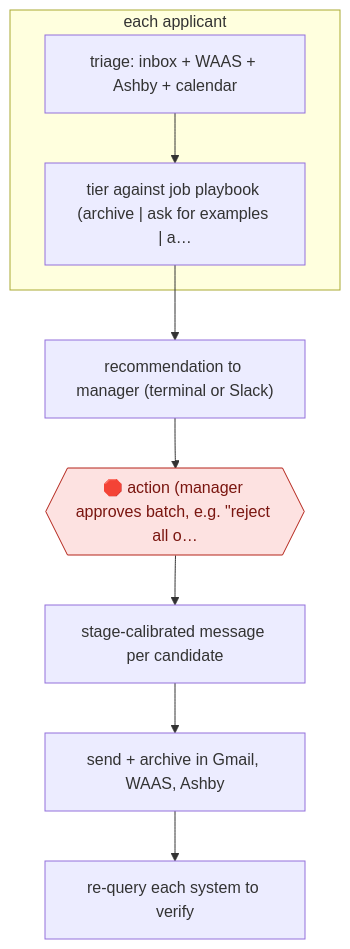
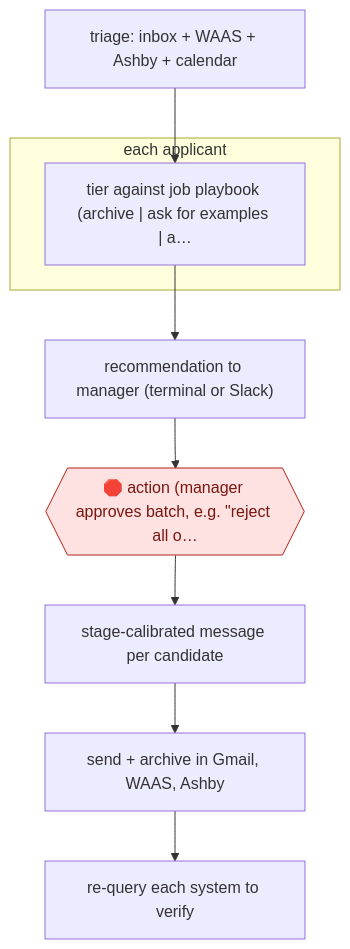
One commit to milesradford99/agent-workflow-atlas changed the diagram in workflows/ORG/BIZ/HR/manager-approved-pipeline-actions/README.md. Above: the diagram before and after it, drawn with Mermaid. The commit also changed other lines of this file and 171 other files, not shown here.

````diff
--- a/workflows/ORG/BIZ/HR/manager-approved-pipeline-actions/README.md
+++ b/workflows/ORG/BIZ/HR/manager-approved-pipeline-actions/README.md
@@ -31,19 +31,19 @@
 ```mermaid
 flowchart TD
   n1["triage: inbox + WAAS + Ashby + calendar"]
   subgraph s2["each applicant"]
   n3["tier against job playbook (archive | ask for examples | a…"]
-  n1 --> n3
   end
   n4["recommendation to manager (terminal or Slack)"]
+  n5{{"🛑 action (manager approves batch, e.g. #quot;reject all o…"}}:::stop
+  n6["stage-calibrated message per candidate"]
+  n7["send + archive in Gmail, WAAS, Ashby"]
+  n8["re-query each system to verify"]
+  n1 --> n3
   n3 --> n4
-  n5{{"🛑 action (manager approves batch, e.g. #quot;reject all o…"}}:::stop
   n4 --> n5
-  n6["stage-calibrated message per candidate"]
   n5 --> n6
-  n7["send + archive in Gmail, WAAS, Ashby"]
   n6 --> n7
-  n8["re-query each system to verify"]
   n7 --> n8
   classDef stop fill:#fde2e1,stroke:#b42318,color:#7a1610
 ```
````
